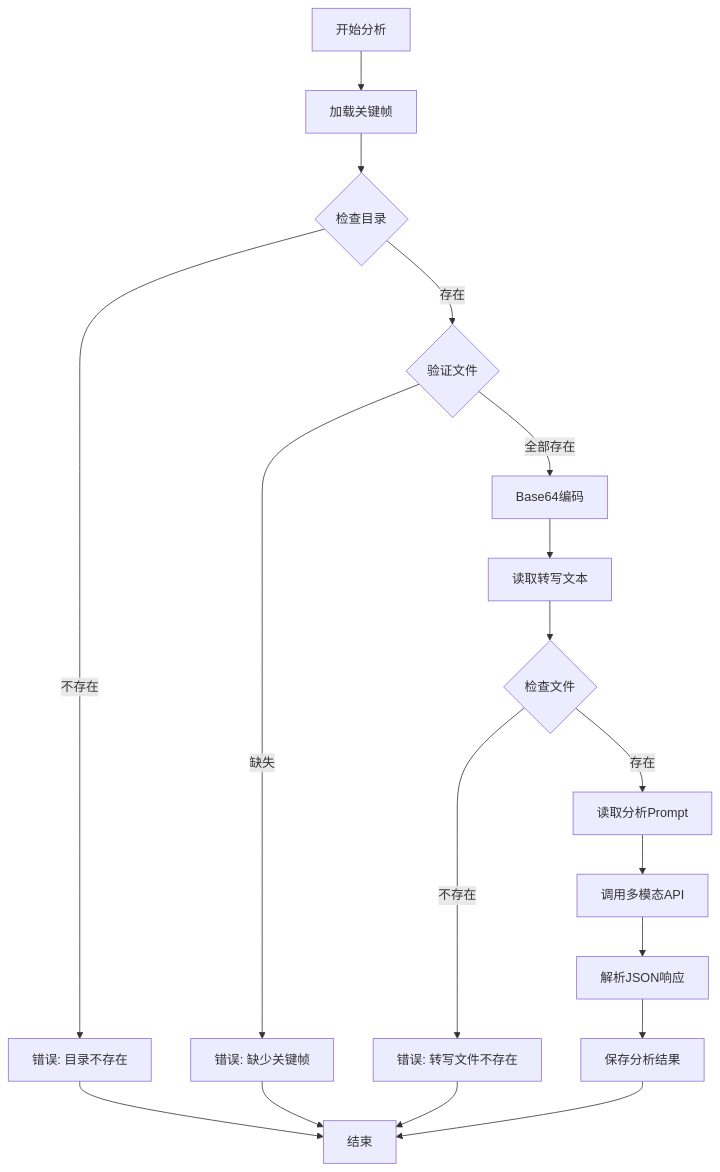
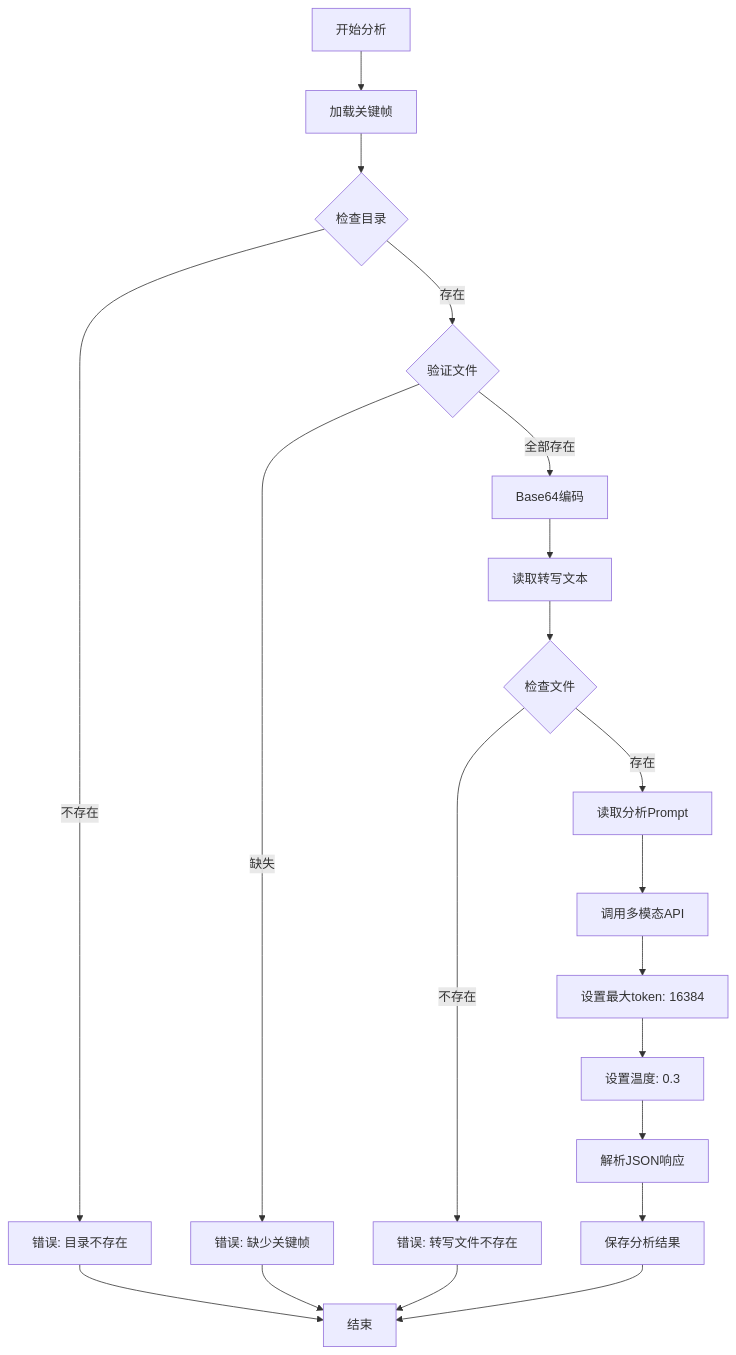
The fourth of 13 diagrams in .qoder/repowiki/zh/content/核心模块详解/方案生成模块.md (WongMingJiu/landingpage-test-hero-page), drawn with Mermaid before and after one commit. The commit also changed other lines of this file and 7 other files, not shown here.

````diff
--- a/.qoder/repowiki/zh/content/核心模块详解/方案生成模块.md
+++ b/.qoder/repowiki/zh/content/核心模块详解/方案生成模块.md
@@ -216,20 +254,22 @@
 ```mermaid
 flowchart TD
 Start[开始分析] --> LoadFrames[加载关键帧]
 LoadFrames --> CheckDir{检查目录}
 CheckDir --> |存在| ValidateFiles{验证文件}
 CheckDir --> |不存在| Error1[错误: 目录不存在]
 ValidateFiles --> |全部存在| Base64Encode[Base64编码]
 ValidateFiles --> |缺失| Error2[错误: 缺少关键帧]
 Base64Encode --> LoadTranscript[读取转写文本]
 LoadTranscript --> CheckTranscript{检查文件}
 CheckTranscript --> |存在| LoadPrompt[读取分析Prompt]
 CheckTranscript --> |不存在| Error3[错误: 转写文件不存在]
 LoadPrompt --> CallAPI[调用多模态API]
-CallAPI --> ParseJSON[解析JSON响应]
+CallAPI --> MaxTokens[设置最大token: 16384]
+MaxTokens --> Temperature[设置温度: 0.3]
+Temperature --> ParseJSON[解析JSON响应]
 ParseJSON --> SaveResult[保存分析结果]
 Error1 --> End[结束]
 Error2 --> End
 Error3 --> End
 SaveResult --> End
 ```
````
